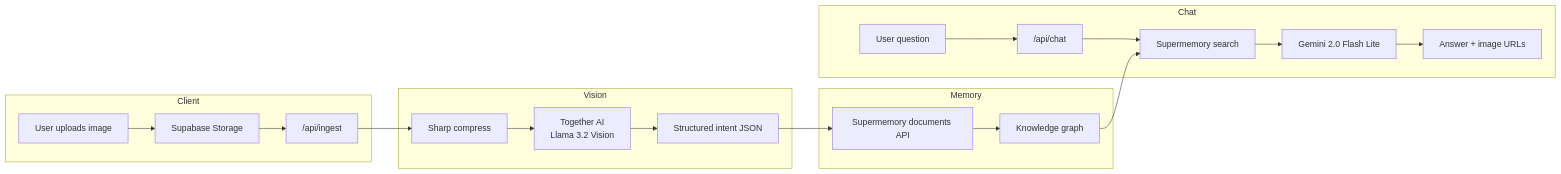
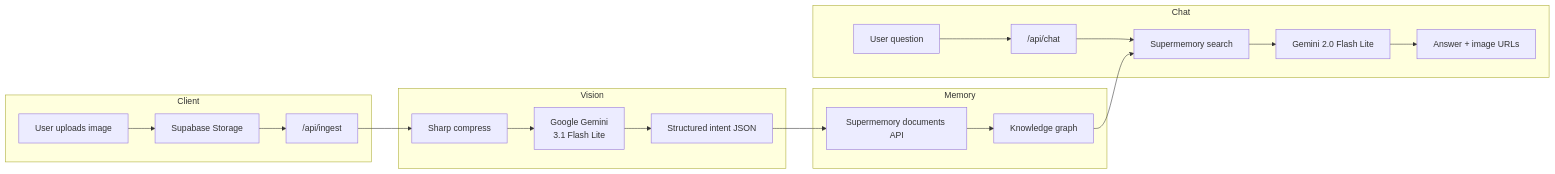
One commit to KalpanaBhaskar/GraspAI changed the diagram in README.md. Above: the diagram before and after it, drawn with Mermaid. The commit also changed other lines of this file, not shown here.

Commit message:
Gemini Readme

````diff
--- a/README.md
+++ b/README.md
@@ -98,27 +98,27 @@
 ```mermaid
 flowchart LR
   subgraph Client
     A[User uploads image] --> B[Supabase Storage]
     B --> C["/api/ingest"]
   end
 
   subgraph Vision
     C --> D[Sharp compress]
-    D --> E["Together AI\nLlama 3.2 Vision"]
+    D --> E["Google Gemini\n3.1 Flash Lite"]
     E --> F[Structured intent JSON]
   end
 
   subgraph Memory
     F --> G[Supermemory documents API]
     G --> H[Knowledge graph]
   end
 
   subgraph Chat
     I[User question] --> J["/api/chat"]
     J --> K[Supermemory search]
     K --> L[Gemini 2.0 Flash Lite]
     L --> M[Answer + image URLs]
   end
 
   H --> K
 ```
````
